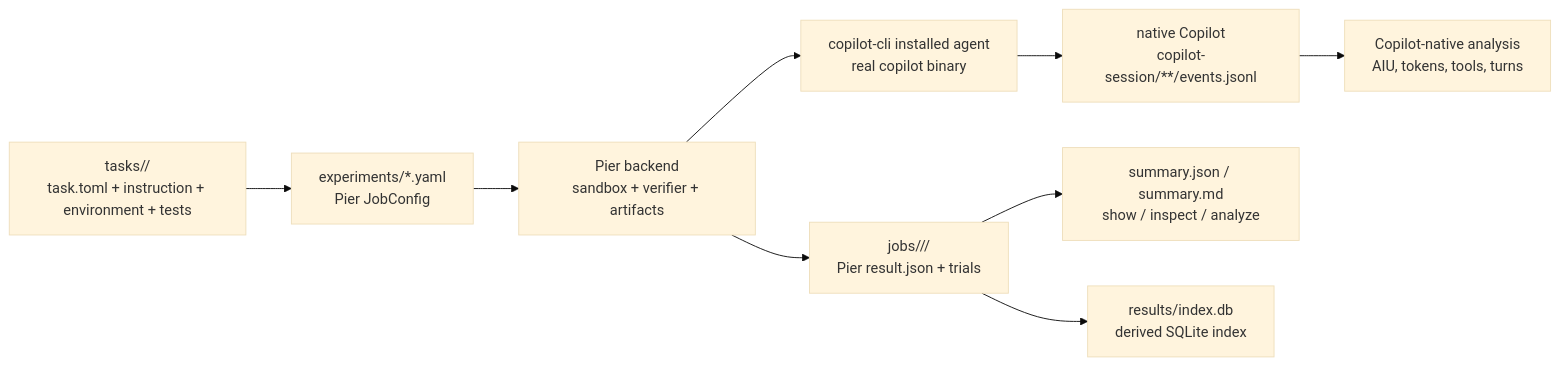
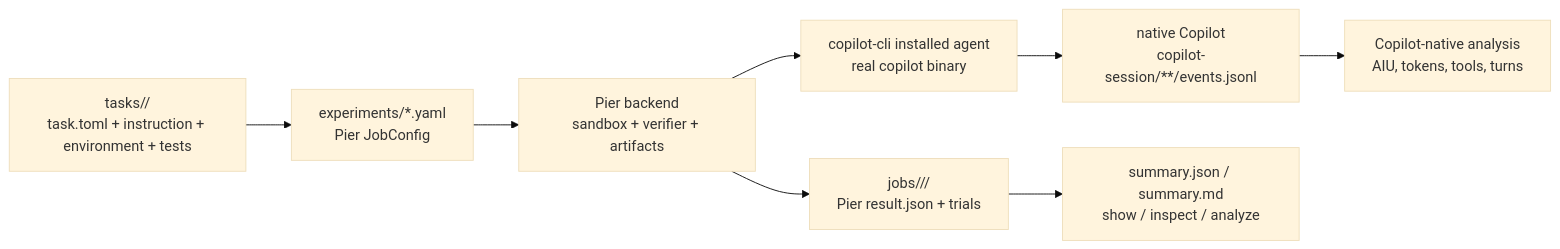
One commit to dbroeglin/github-copilot-lab changed the diagram in README.md. Above: the diagram before and after it, drawn with Mermaid (base theme). The commit also changed other lines of this file and 48 other files, not shown here.

````diff
--- a/README.md
+++ b/README.md
@@ -12,11 +12,10 @@
 ```mermaid
 flowchart LR
     T["tasks/<id>/\ntask.toml + instruction + environment + tests"] --> J["experiments/*.yaml\nPier JobConfig"]
     J --> P["Pier backend\nsandbox + verifier + artifacts"]
     P --> A["copilot-cli installed agent\nreal copilot binary"]
     A --> S["native Copilot\ncopilot-session/**/events.jsonl"]
     P --> O["jobs/<job>/<run-id>/\nPier result.json + trials"]
     S --> C["Copilot-native analysis\nAIU, tokens, tools, turns"]
     O --> R["summary.json / summary.md\nshow / inspect / analyze"]
-    O --> I["results/index.db\nderived SQLite index"]
 ```
````
